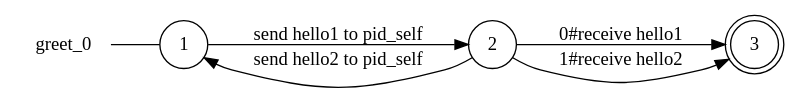
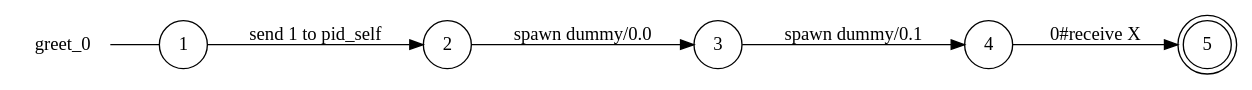
Before and after one commit to gabrielegenovese/chorer: the diagram in examples/hello/greet_0_local_view.dot, drawn with Graphviz. The commit also changed 81 other files, not shown here.

```diff
--- a/examples/hello/greet_0_local_view.dot
+++ b/examples/hello/greet_0_local_view.dot
@@ -1,13 +1,15 @@
 digraph greet_0 {
 	rankdir="LR";
 	n_0 [label="greet_0", shape="plaintext"];
-	n_1 [id="1", shape=circle, label="1"];
-	n_0 -> n_1 [arrowhead=none];
-	n_2 [id="2", shape=circle, label="2"];
-	n_3 [id="3", shape=doublecircle, label="3"];
+	n_1 [id="5", shape=circle, label="3"];
+	n_2 [id="1", shape=circle, label="1"];
+	n_0 -> n_2 [arrowhead=none];
+	n_3 [id="2", shape=circle, label="2"];
+	n_4 [id="4", shape=doublecircle, label="5"];
+	n_5 [id="3", shape=circle, label="4"];
 
-	n_1 -> n_2 [id="[$e|3]", label="send hello1 to pid_self"];
-	n_2 -> n_3 [id="[$e|6]", label="0#receive hello1"];
-	n_2 -> n_1 [id="[$e|5]", label="send hello2 to pid_self"];
-	n_2 -> n_3 [id="[$e|0]", label="1#receive hello2"];
+	n_3 -> n_1 [id="[$e|0]", label="spawn dummy/0.0"];
+	n_5 -> n_4 [id="[$e|1]", label="0#receive X"];
+	n_1 -> n_5 [id="[$e|2]", label="spawn dummy/0.1"];
+	n_2 -> n_3 [id="[$e|3]", label="send 1 to pid_self"];
 }
```
